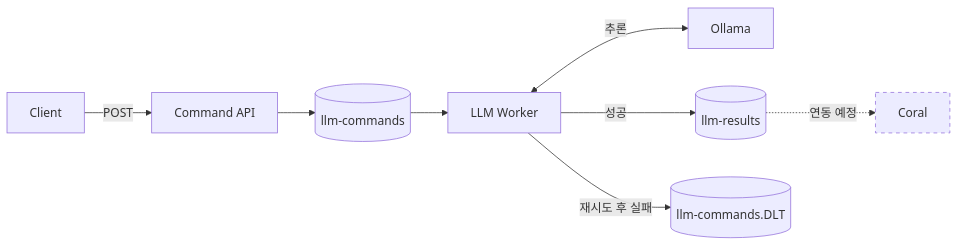
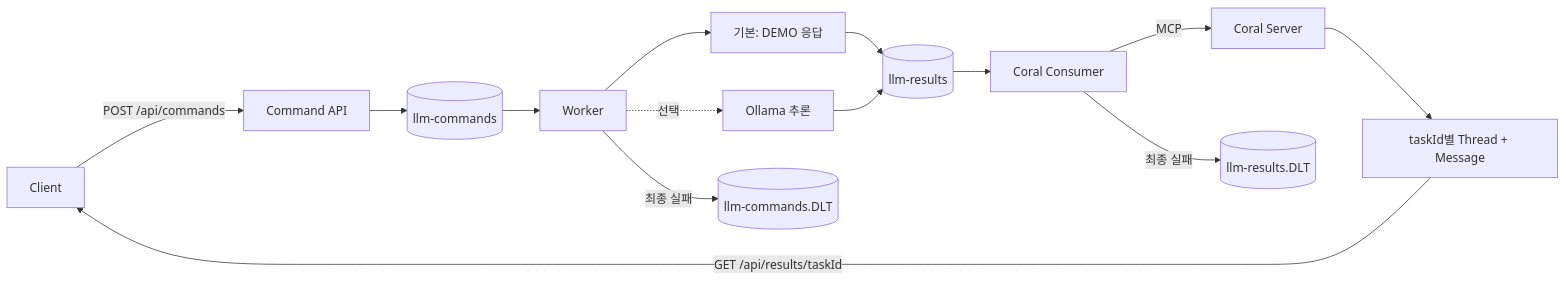
The first of 2 diagrams in README.md (deepwhale-labs/event-driven-llm), drawn with Mermaid before and after one commit. The commit also changed other lines of this file and 23 other files, not shown here.

````diff
--- a/README.md
+++ b/README.md
@@ -7,13 +5,16 @@
 ```mermaid
 flowchart LR
-    Client[Client] -->|POST| API[Command API]
+    Client -->|POST /api/commands| API[Command API]
     API --> Commands[(llm-commands)]
-    Commands --> Worker[LLM Worker]
-    Worker <-->|추론| Ollama[Ollama]
-    Worker -->|성공| Results[(llm-results)]
-    Worker -->|재시도 후 실패| DLT[(llm-commands.DLT)]
-    Results -. 연동 예정 .-> Coral[Coral]
-
-    classDef planned stroke-dasharray: 5 5
-    class Coral planned
+    Commands --> Worker[Worker]
+    Worker --> Demo[기본: DEMO 응답]
+    Worker -. 선택 .-> Ollama[Ollama 추론]
+    Demo --> Results[(llm-results)]
+    Ollama --> Results
+    Results --> Notifier[Coral Consumer]
+    Notifier -->|MCP| Coral[Coral Server]
+    Coral --> Thread[taskId별 Thread + Message]
+    Thread -->|GET /api/results/taskId| Client
+    Worker -->|최종 실패| CDLT[(llm-commands.DLT)]
+    Notifier -->|최종 실패| RDLT[(llm-results.DLT)]
 ```
````
